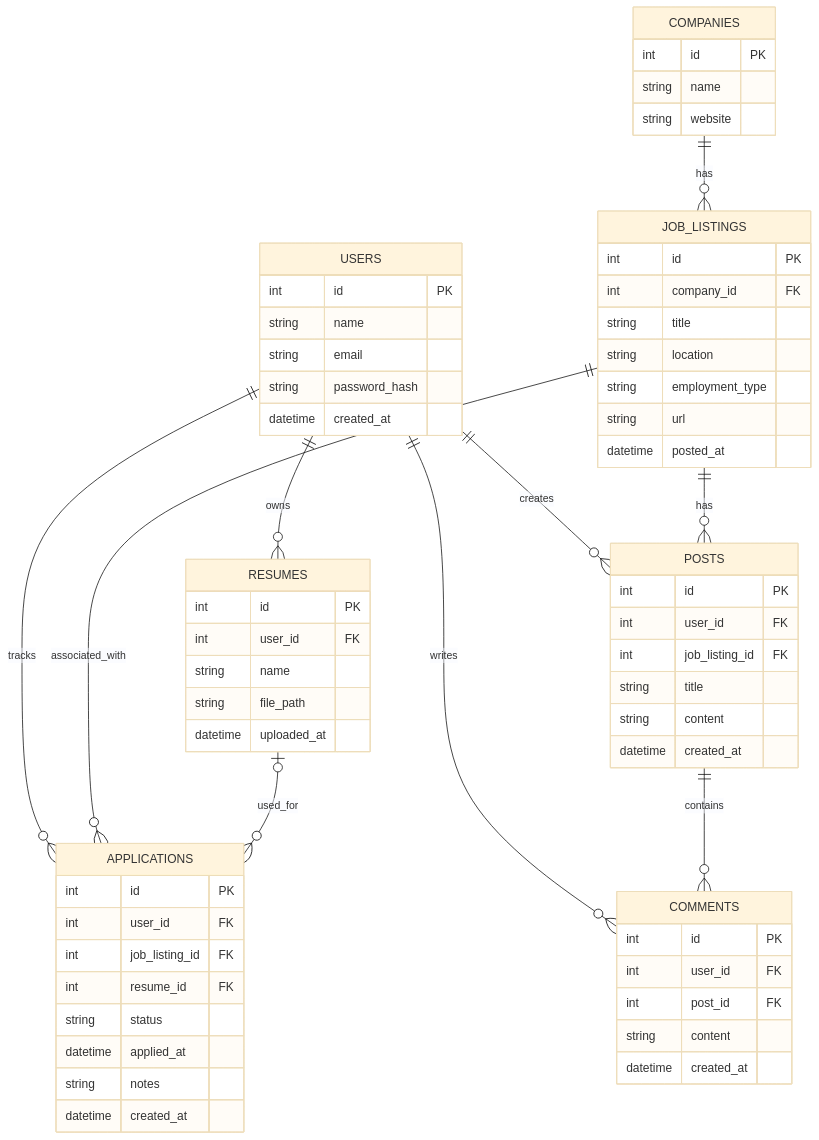
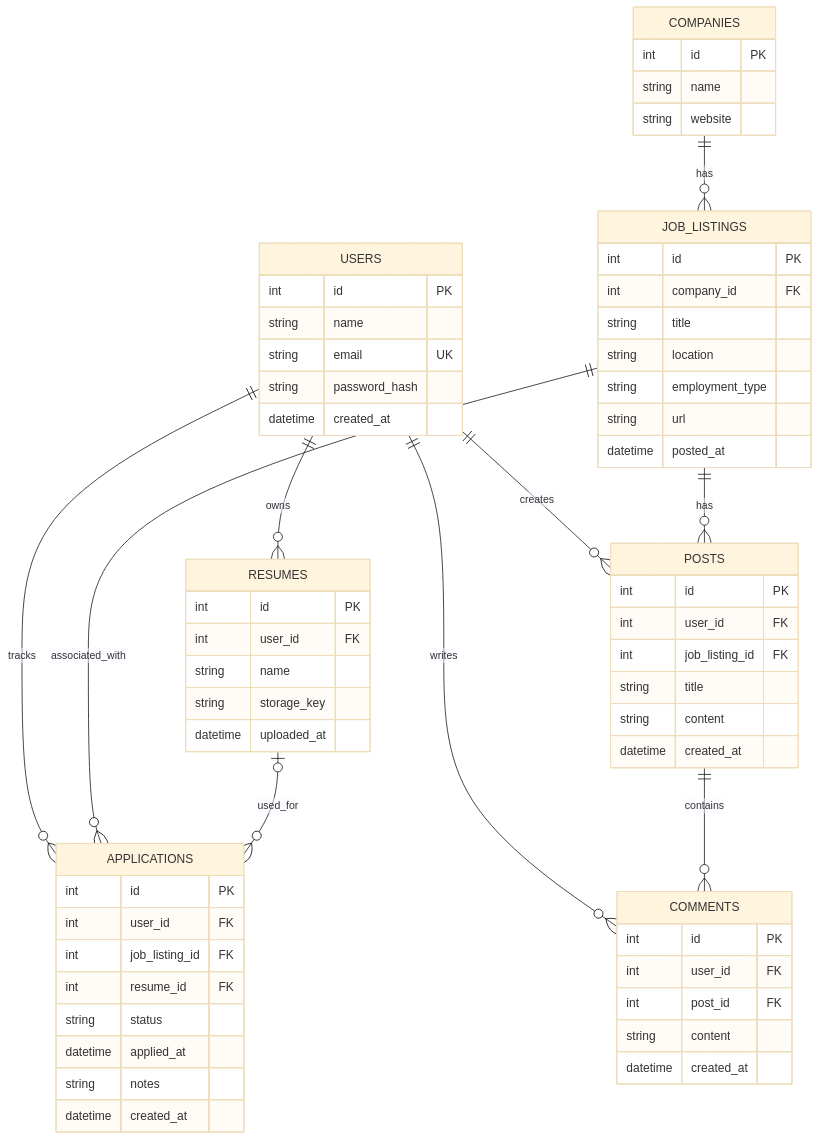
The diagram in docs/architecture/erd.md (sophiazhu02/itsc3155-final-project), drawn with Mermaid (base theme) before and after one commit. The commit also changed other lines of this file, not shown here.

Commit message:
Update ERD draft and add design questions

````diff
--- a/docs/architecture/erd.md
+++ b/docs/architecture/erd.md
@@ -6,74 +6,74 @@
 ```mermaid
 erDiagram
     USERS {
         int id PK
         string name
-        string email
+        string email UK
         string password_hash
         datetime created_at
     }
 
     COMPANIES {
         int id PK
         string name
         string website
     }
 
     JOB_LISTINGS {
         int id PK
         int company_id FK
         string title
         string location
         string employment_type
         string url
         datetime posted_at
     }
 
     APPLICATIONS {
         int id PK
         int user_id FK
         int job_listing_id FK
         int resume_id FK
         string status
         datetime applied_at
         string notes
         datetime created_at
     }
 
     RESUMES {
         int id PK
         int user_id FK
         string name
-        string file_path
+        string storage_key
         datetime uploaded_at
     }
 
     POSTS {
         int id PK
         int user_id FK
         int job_listing_id FK
         string title
         string content
         datetime created_at
     }
 
     COMMENTS {
         int id PK
         int user_id FK
         int post_id FK
         string content
         datetime created_at
     }
 
     USERS ||--o{ APPLICATIONS : tracks
     USERS ||--o{ RESUMES : owns
     USERS ||--o{ POSTS : creates
     USERS ||--o{ COMMENTS : writes
 
     COMPANIES ||--o{ JOB_LISTINGS : has
     JOB_LISTINGS ||--o{ APPLICATIONS : associated_with
     JOB_LISTINGS ||--o{ POSTS : has
 
     RESUMES o|--o{ APPLICATIONS : used_for
     POSTS ||--o{ COMMENTS : contains
 ```
````
